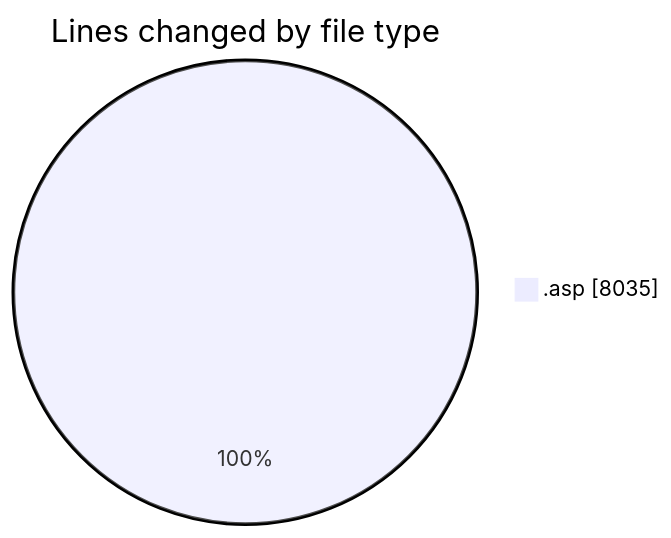
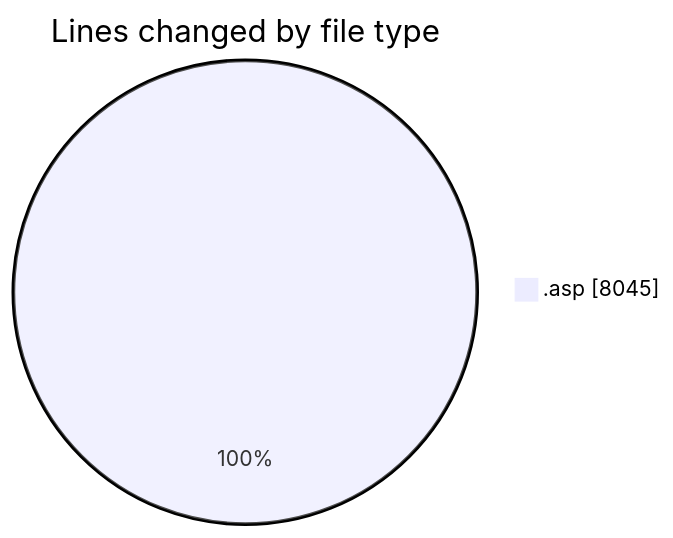
One commit to julien-gomy/code-tracking changed the first of 2 diagrams in 2025-11-15/cdp_aleoudev_fr__workspace_/README.md. Above: the diagram before and after it, drawn with Mermaid. The commit also changed other lines of this file and 1 other file, not shown here.

````diff
--- a/2025-11-15/cdp_aleoudev_fr__workspace_/README.md
+++ b/2025-11-15/cdp_aleoudev_fr__workspace_/README.md
@@ -32,5 +32,5 @@
 ```mermaid
 pie showData
 title Lines changed by file type
-".asp" : 8035
+".asp" : 8045
 ```
````
